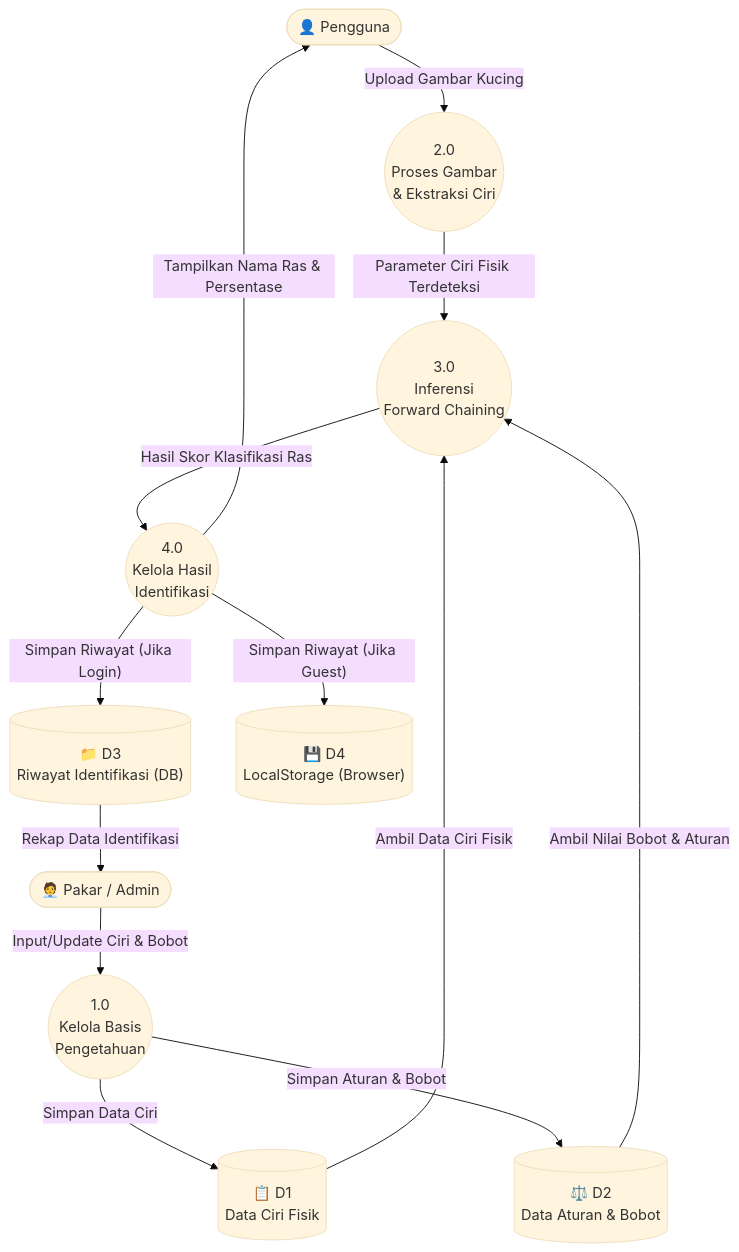
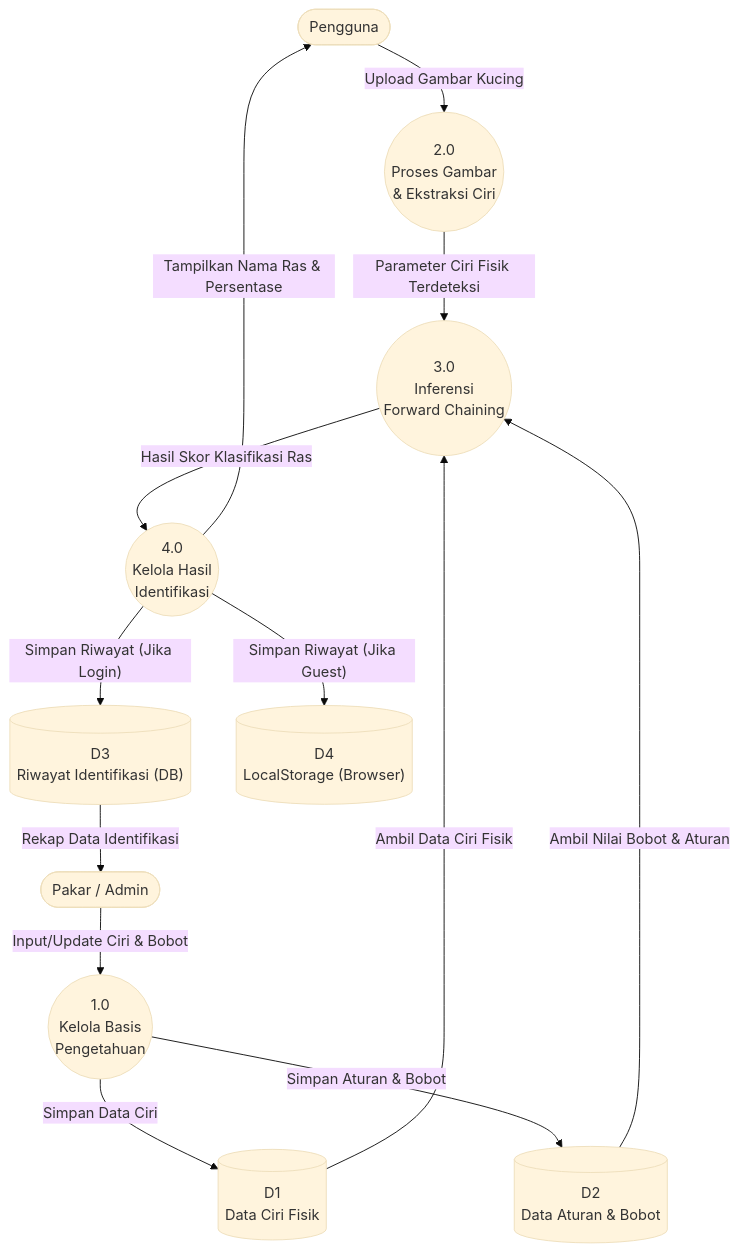
One commit to bimoBintang/identifikasi-ras-kucing changed the second of 3 diagrams in DFD.md. Above: the diagram before and after it, drawn with Mermaid (base theme). The commit also changed other lines of this file and 1 other file, not shown here.

Commit message:
docs: remove emojis from mermaid diagrams

````diff
--- a/DFD.md
+++ b/DFD.md
@@ -31,38 +31,38 @@
 ```mermaid
 graph TD
     %% === Entitas Luar ===
-    User(["👤 Pengguna"])
-    Admin(["🧑‍💼 Pakar / Admin"])
+    User(["Pengguna"])
+    Admin(["Pakar / Admin"])
 
     %% === Proses Utama ===
     P1(("1.0\nKelola Basis\nPengetahuan"))
     P2(("2.0\nProses Gambar\n& Ekstraksi Ciri"))
     P3(("3.0\nInferensi\nForward Chaining"))
     P4(("4.0\nKelola Hasil\nIdentifikasi"))
 
     %% === Data Store ===
-    D1[("📋 D1\nData Ciri Fisik")]
-    D2[("⚖️ D2\nData Aturan & Bobot")]
-    D3[("📁 D3\nRiwayat Identifikasi (DB)")]
-    D4[("💾 D4\nLocalStorage (Browser)")]
+    D1[("D1\nData Ciri Fisik")]
+    D2[("D2\nData Aturan & Bobot")]
+    D3[("D3\nRiwayat Identifikasi (DB)")]
+    D4[("D4\nLocalStorage (Browser)")]
 
     %% === Aliran Data: Admin → Kelola Pengetahuan ===
     Admin -- "Input/Update Ciri & Bobot" --> P1
     P1 -- "Simpan Data Ciri" --> D1
     P1 -- "Simpan Aturan & Bobot" --> D2
 
     %% === Aliran Data: Pengguna → Ekstraksi ===
     User -- "Upload Gambar Kucing" --> P2
     P2 -- "Parameter Ciri Fisik Terdeteksi" --> P3
 
     %% === Aliran Data: Inferensi ===
     D1 -- "Ambil Data Ciri Fisik" --> P3
     D2 -- "Ambil Nilai Bobot & Aturan" --> P3
     P3 -- "Hasil Skor Klasifikasi Ras" --> P4
 
     %% === Aliran Data: Hasil ===
     P4 -- "Simpan Riwayat (Jika Login)" --> D3
     P4 -- "Simpan Riwayat (Jika Guest)" --> D4
     P4 -- "Tampilkan Nama Ras & Persentase" --> User
     D3 -- "Rekap Data Identifikasi" --> Admin
 ```
````
